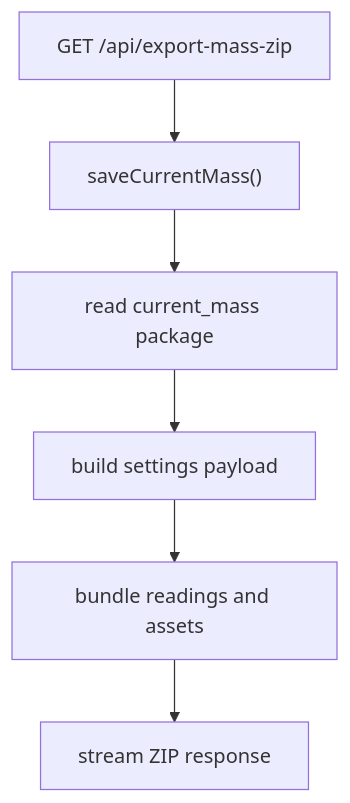
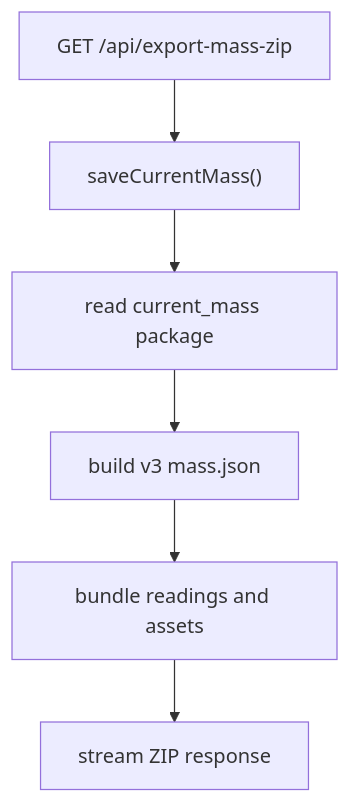
Before and after one commit to Saint-Therese-Of-Lisieux-Parish/sacra_lux: diagram 11 of 15 in docs/workflows.md, drawn with Mermaid. The commit also changed other lines of this file and 17 other files, not shown here.

````diff
--- a/docs/workflows.md
+++ b/docs/workflows.md
@@ -137,8 +209,8 @@
 ```mermaid
 flowchart TD
     A["GET /api/export-mass-zip"] --> B["saveCurrentMass()"]
     B --> C["read current_mass package"]
-    C --> D["build settings payload"]
+    C --> D["build v3 mass.json"]
     D --> E["bundle readings and assets"]
     E --> F["stream ZIP response"]
 ```
````
